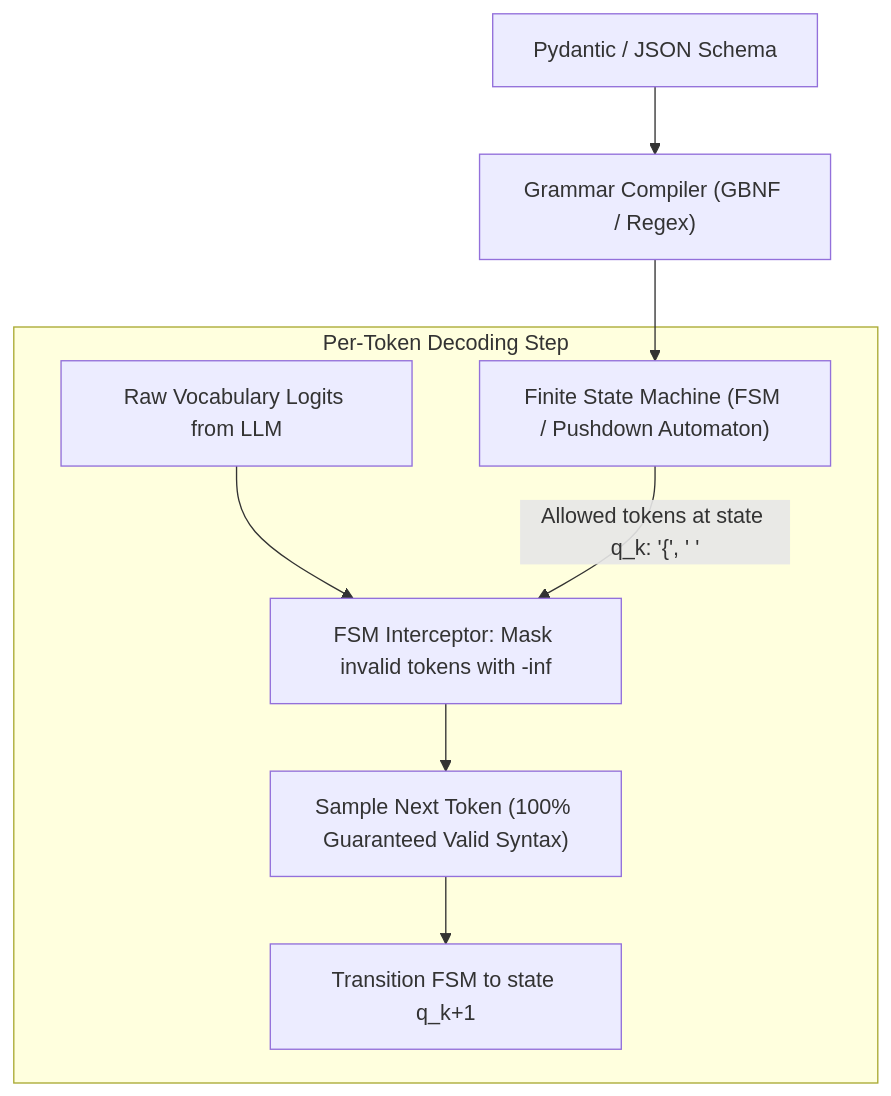
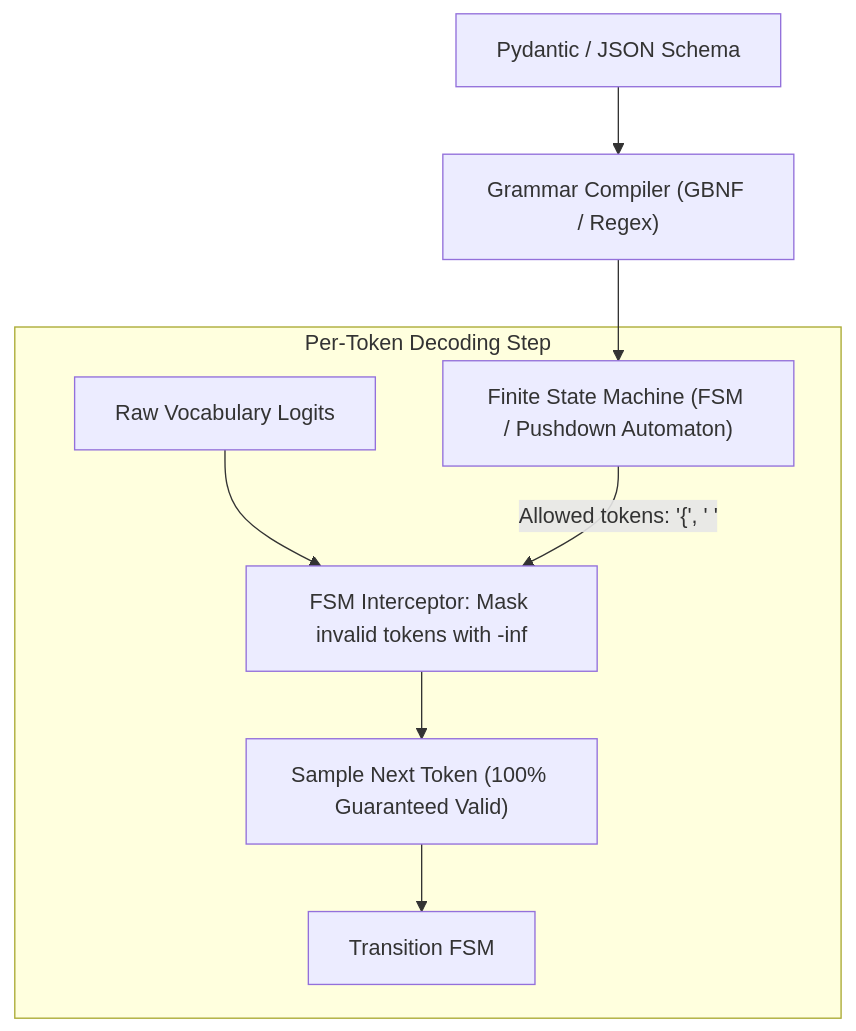
The fourth of 6 diagrams in 01-prompt-and-context-engineering/README.md (dip4k/senior-engineer-to-ai-engineer-roadmap), drawn with Mermaid before and after one commit. The commit also changed other lines of this file and 39 other files, not shown here.

First line of the commit message:
Enhance use case documentation for Enterprise AI, including new architectural standards and resilience implementations

````diff
--- a/01-prompt-and-context-engineering/README.md
+++ b/01-prompt-and-context-engineering/README.md
@@ -152,12 +121,12 @@
 ```mermaid
 flowchart TD
     Schema["Pydantic / JSON Schema"] --> Compiler["Grammar Compiler (GBNF / Regex)"]
     Compiler --> FSM["Finite State Machine (FSM / Pushdown Automaton)"]
     
     subgraph SamplingLoop["Per-Token Decoding Step"]
-        LLM_Logits["Raw Vocabulary Logits from LLM"] --> Masking["FSM Interceptor: Mask invalid tokens with -inf"]
-        FSM -->|"Allowed tokens at state q_k: '{', ' ' "| Masking
-        Masking --> Sampled["Sample Next Token (100% Guaranteed Valid Syntax)"]
-        Sampled --> Advance["Transition FSM to state q_k+1"]
+        LLM_Logits["Raw Vocabulary Logits"] --> Masking["FSM Interceptor: Mask invalid tokens with -inf"]
+        FSM -->|"Allowed tokens: '{', ' ' "| Masking
+        Masking --> Sampled["Sample Next Token (100% Guaranteed Valid)"]
+        Sampled --> Advance["Transition FSM"]
     end
 ```
````
